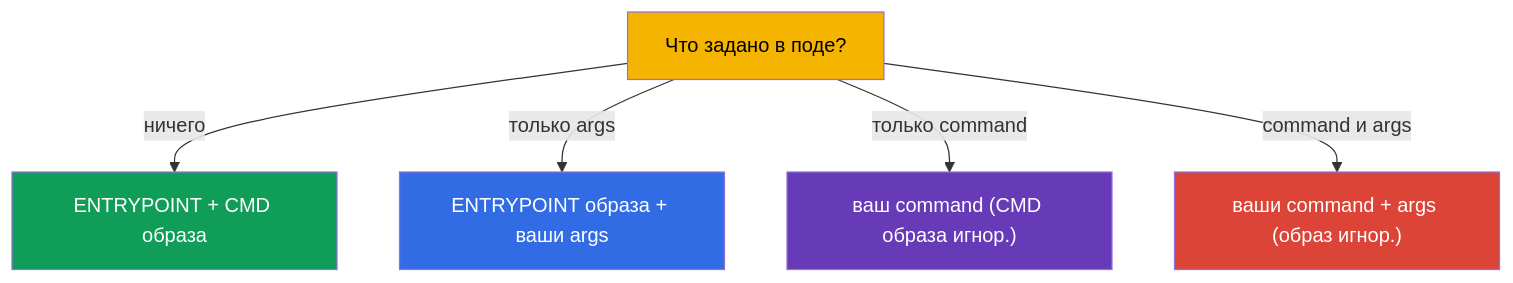
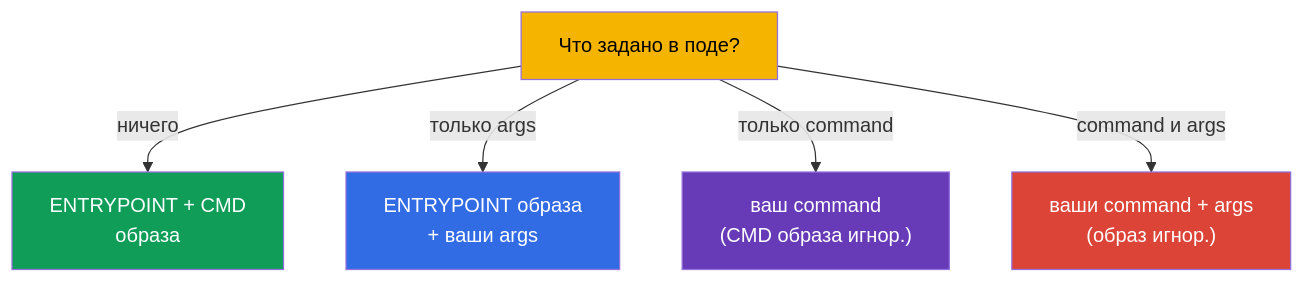
The second of 3 diagrams in tasks/cka/course/17/ru.md (ViktorUJ/cks), drawn with Mermaid before and after one commit. The commit also changed other lines of this file, not shown here.

````diff
--- a/tasks/cka/course/17/ru.md
+++ b/tasks/cka/course/17/ru.md
@@ -60,13 +60,13 @@
 ```mermaid
 flowchart TB
     q["Что задано в поде?"]
-    q -->|"ничего"| a1["ENTRYPOINT + CMD образа"]
-    q -->|"только args"| a2["ENTRYPOINT образа + ваши args"]
-    q -->|"только command"| a3["ваш command (CMD образа игнор.)"]
-    q -->|"command и args"| a4["ваши command + args (образ игнор.)"]
+    q -->|"ничего"| a1["ENTRYPOINT + CMD<br>образа"]
+    q -->|"только args"| a2["ENTRYPOINT образа<br>+ ваши args"]
+    q -->|"только command"| a3["ваш command<br>(CMD образа игнор.)"]
+    q -->|"command и args"| a4["ваши command + args<br>(образ игнор.)"]
     style q fill:#f4b400,color:#000
     style a1 fill:#0f9d58,color:#fff
     style a2 fill:#326ce5,color:#fff
     style a3 fill:#673ab7,color:#fff
     style a4 fill:#db4437,color:#fff
 ```
````
